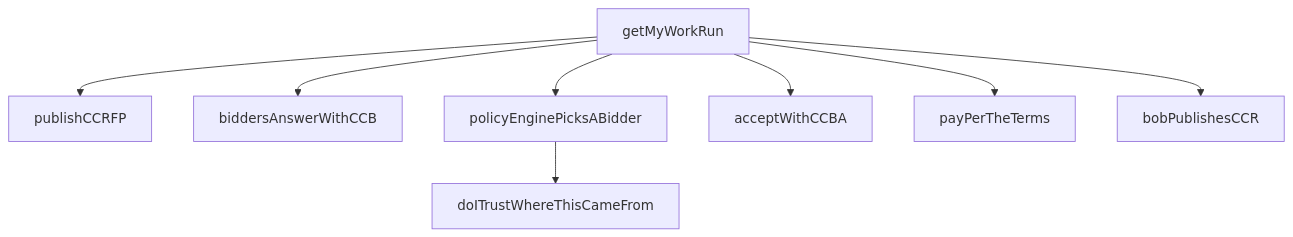
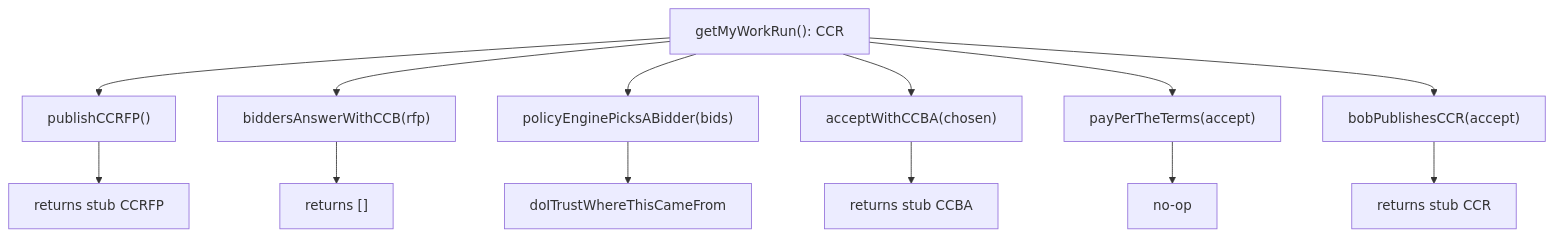
One commit to publicdomainrelay/open-architecture changed the fifth of 9 diagrams in ARCHITECTURE_REPORT.md. Above: the diagram before and after it, drawn with Mermaid. The commit also changed other lines of this file and 3 other files, not shown here.

````diff
--- a/ARCHITECTURE_REPORT.md
+++ b/ARCHITECTURE_REPORT.md
@@ -288,10 +328,16 @@
 ```mermaid
 graph TD
-  getMyWorkRun --> publishCCRFP
-  getMyWorkRun --> biddersAnswerWithCCB
-  getMyWorkRun --> policyEnginePicksABidder
-  policyEnginePicksABidder --> doITrustWhereThisCameFrom
-  getMyWorkRun --> acceptWithCCBA
-  getMyWorkRun --> payPerTheTerms
-  getMyWorkRun --> bobPublishesCCR
+  getMyWorkRun["getMyWorkRun(): CCR"]
+  getMyWorkRun --> rfp["publishCCRFP()"]
+  getMyWorkRun --> bids["biddersAnswerWithCCB(rfp)"]
+  getMyWorkRun --> pick["policyEnginePicksABidder(bids)"]
+  getMyWorkRun --> accept["acceptWithCCBA(chosen)"]
+  getMyWorkRun --> pay["payPerTheTerms(accept)"]
+  getMyWorkRun --> receipt["bobPublishesCCR(accept)"]
+  pick --> doTrust["doITrustWhereThisCameFrom"]
+  rfp --> stubCCRFP["returns stub CCRFP"]
+  bids --> stubCCB["returns []"]
+  accept --> stubCCBA["returns stub CCBA"]
+  pay --> stubPay["no-op"]
+  receipt --> stubCCR["returns stub CCR"]
 ```
````
